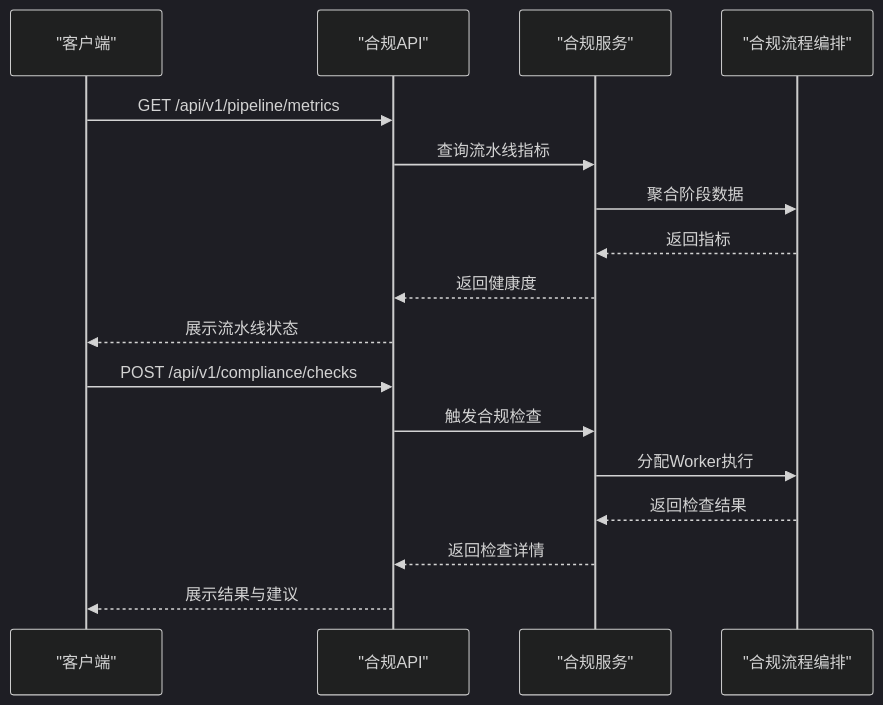
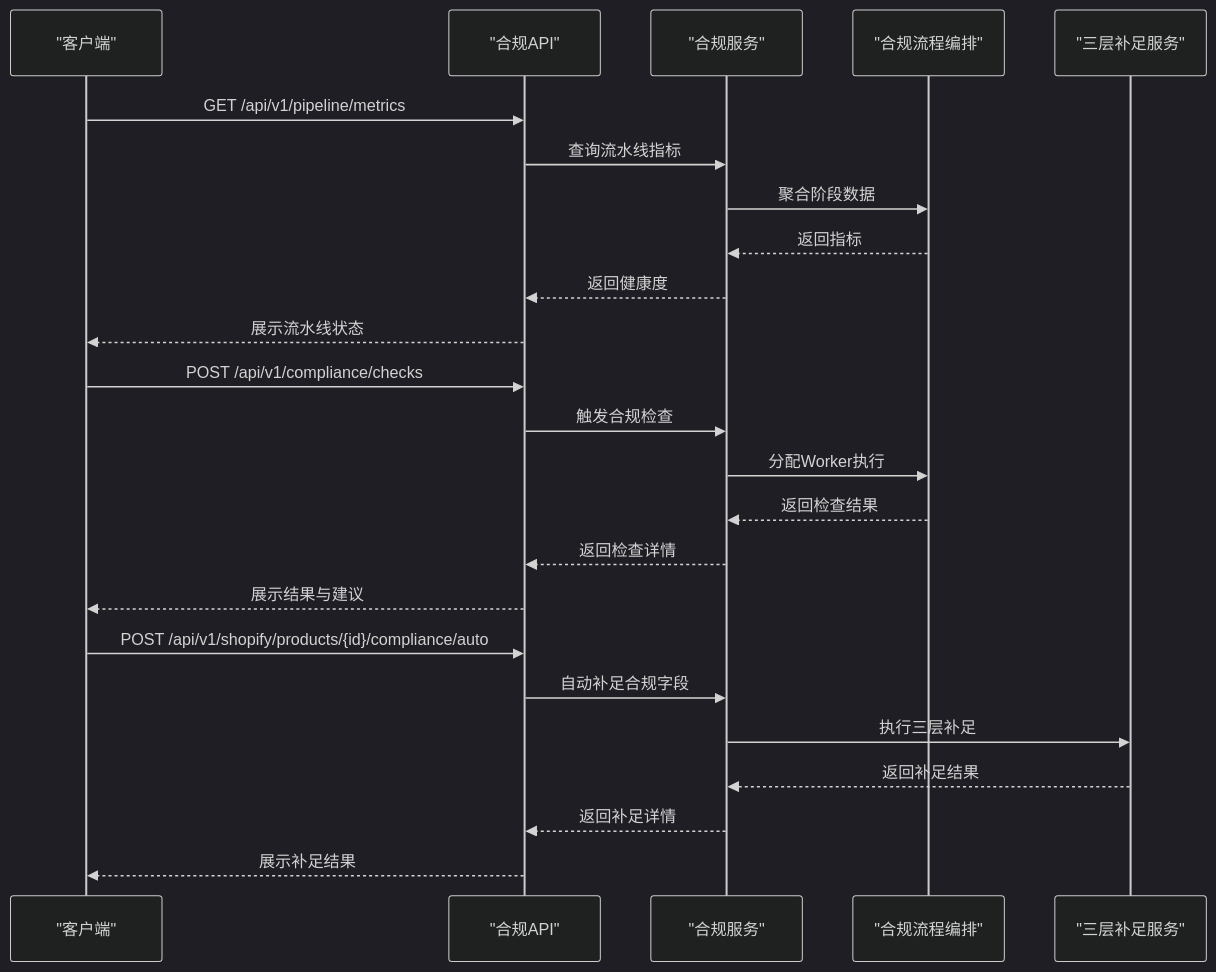
The ninth of 10 diagrams in .qoder/repowiki/zh/content/核心业务模块/合规检查系统/合规检查系统.md (angledick/-), drawn with Mermaid (dark theme) before and after one commit. The commit also changed other lines of this file and 770 other files, not shown here.

````diff
--- a/.qoder/repowiki/zh/content/核心业务模块/合规检查系统/合规检查系统.md
+++ b/.qoder/repowiki/zh/content/核心业务模块/合规检查系统/合规检查系统.md
@@ -322,19 +381,26 @@
 ```mermaid
 sequenceDiagram
 participant Client as "客户端"
 participant API as "合规API"
 participant Service as "合规服务"
 participant Flow as "合规流程编排"
+participant Enrich as "三层补足服务"
 Client->>API : GET /api/v1/pipeline/metrics
 API->>Service : 查询流水线指标
 Service->>Flow : 聚合阶段数据
 Flow-->>Service : 返回指标
 Service-->>API : 返回健康度
 API-->>Client : 展示流水线状态
 Client->>API : POST /api/v1/compliance/checks
 API->>Service : 触发合规检查
 Service->>Flow : 分配Worker执行
 Flow-->>Service : 返回检查结果
 Service-->>API : 返回检查详情
 API-->>Client : 展示结果与建议
+Client->>API : POST /api/v1/shopify/products/{id}/compliance/auto
+API->>Service : 自动补足合规字段
+Service->>Enrich : 执行三层补足
+Enrich-->>Service : 返回补足结果
+Service-->>API : 返回补足详情
+API-->>Client : 展示补足结果
 ```
````
